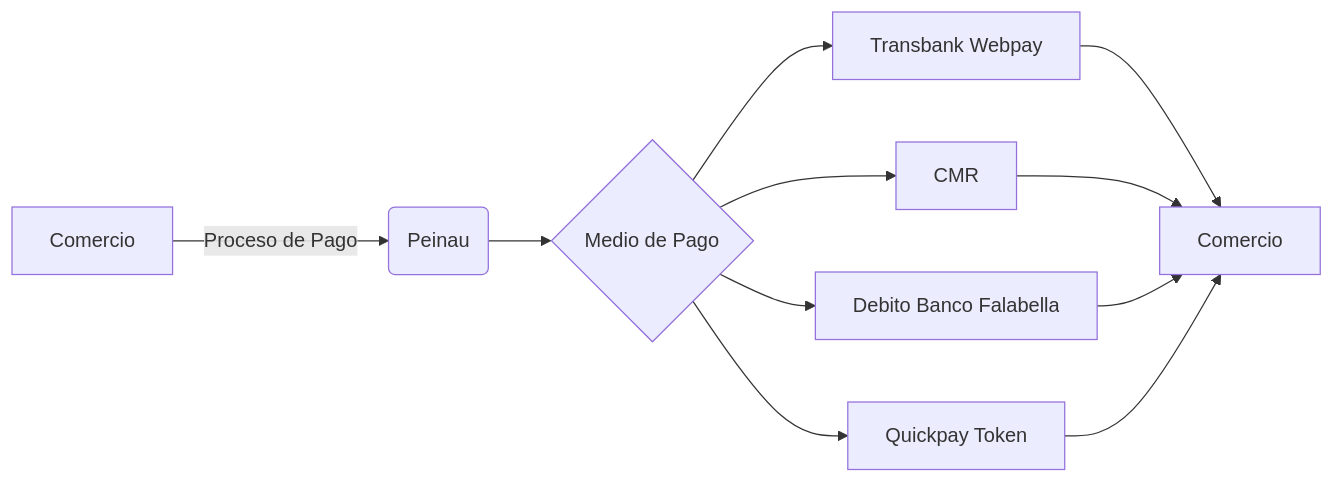
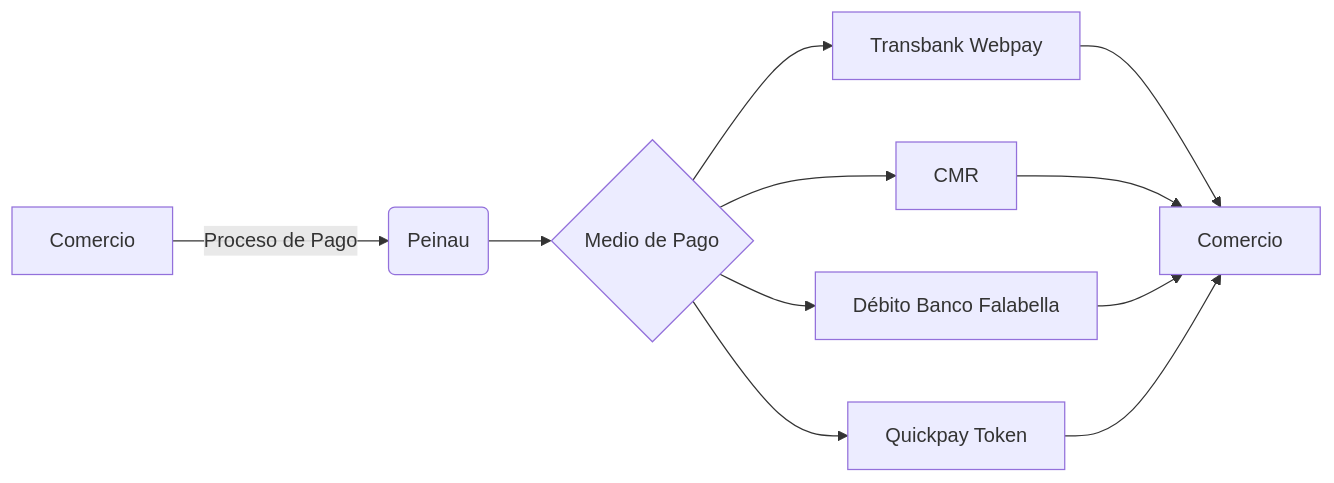
One commit to Peinau/hugo-dev-portal changed the diagram in site/content/introduction/_index.md. Above: the diagram before and after it, drawn with Mermaid.

```diff
--- a/site/content/introduction/_index.md
+++ b/site/content/introduction/_index.md
@@ -13,13 +13,13 @@
 {{<mermaid align="left">}}
 graph LR;
     A[Comercio] -->|Proceso de Pago| B(Peinau)
     B --> C{Medio de Pago}
     C --> D[Transbank Webpay]
     C --> E[CMR]
-    C --> F[Debito Banco Falabella]
+    C --> F[Débito Banco Falabella]
     C --> G[Quickpay Token]
     D --> I[Comercio]
     E --> I[Comercio]
     F --> I[Comercio]
     G --> I[Comercio]
 {{< /mermaid >}}
```
